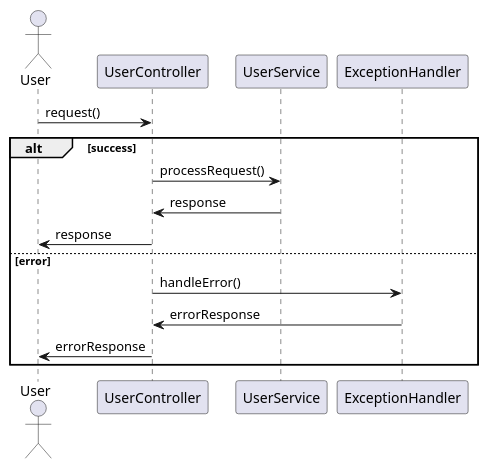
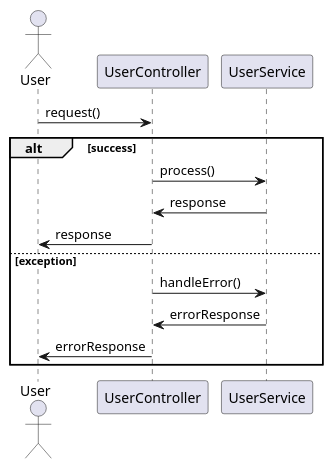
Before and after one commit to shreya-cn/autodev.ai: the fifth of 6 diagrams in identityprovider/documentation/detaileddesign.adoc, drawn with PlantUML. The commit also changed other lines of this file and 7 other files, not shown here.

```diff
--- a/identityprovider/documentation/detaileddesign.adoc
+++ b/identityprovider/documentation/detaileddesign.adoc
@@ -333,20 +363,19 @@
-[plantuml, exception-handling-flow, png]
+[plantuml, exception-handling-sequence, png]
 ----
 @startuml
 actor User
 participant UserController
 participant UserService
-participant ExceptionHandler
 
 User -> UserController : request()
 alt success
-  UserController -> UserService : processRequest()
+  UserController -> UserService : process()
   UserService -> UserController : response
   UserController -> User : response
-else error
-  UserController -> ExceptionHandler : handleError()
-  ExceptionHandler -> UserController : errorResponse
+else exception
+  UserController -> UserService : handleError()
+  UserService -> UserController : errorResponse
   UserController -> User : errorResponse
 end
 @enduml
 ----
```
